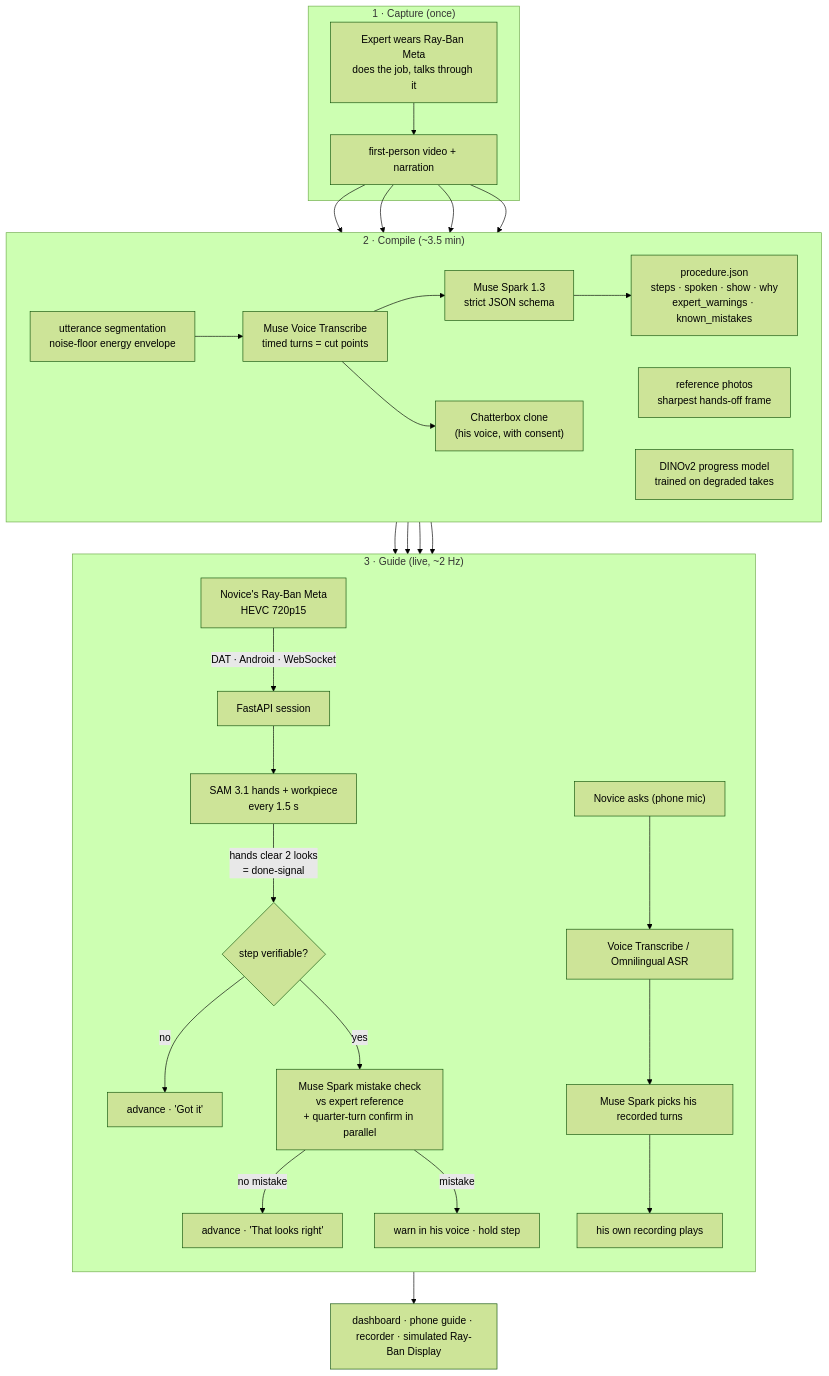
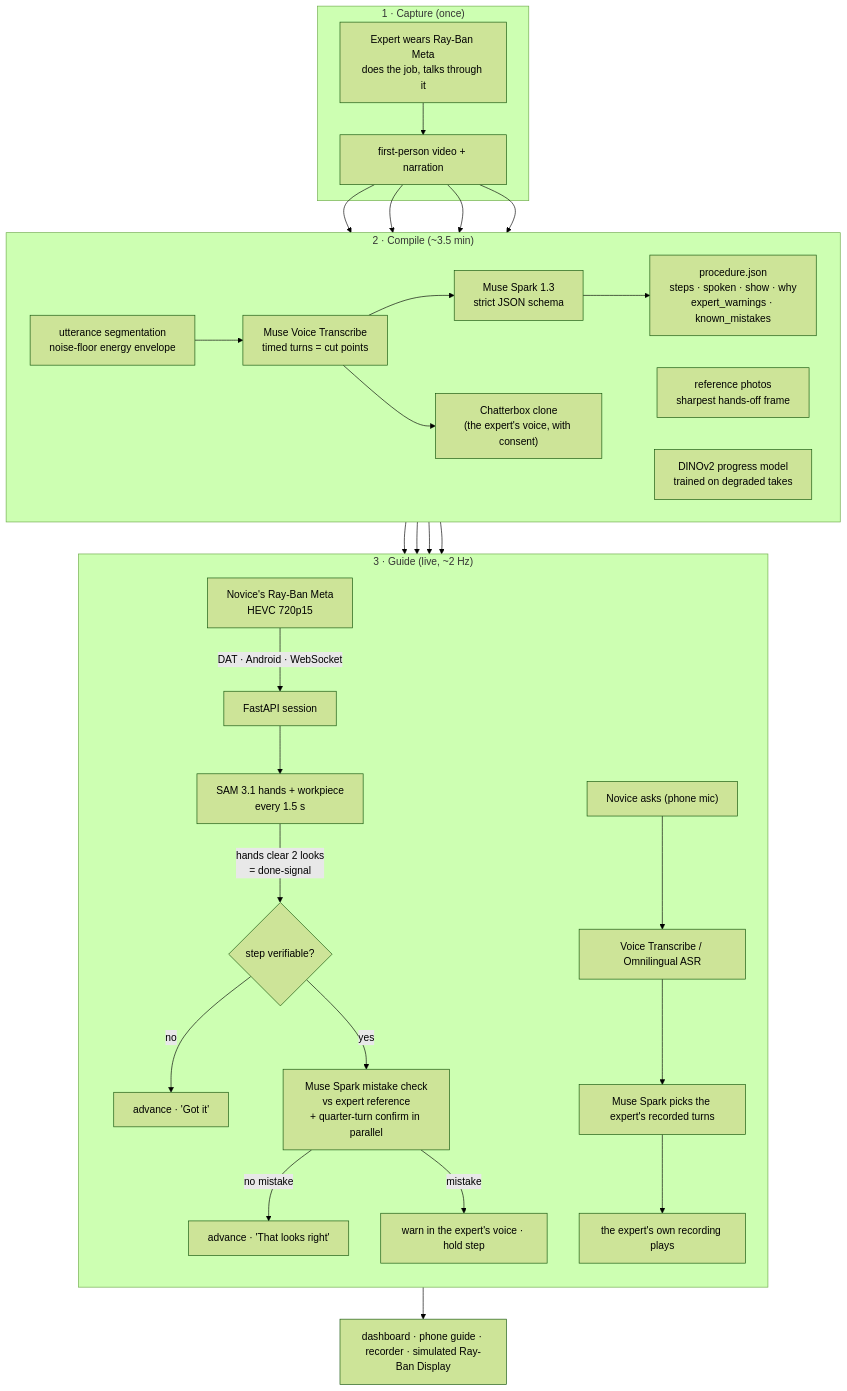
One commit to ApprenticeAIMeta/Hack changed the diagram in README.md. Above: the diagram before and after it, drawn with Mermaid (forest theme). The commit also changed other lines of this file, not shown here.

Commit message:
docs(readme): describe roles as expert and novice, not named people

````diff
--- a/README.md
+++ b/README.md
@@ -44,33 +44,33 @@
 ```mermaid
 flowchart TB
     subgraph CAPTURE["1 · Capture (once)"]
         E["Expert wears Ray-Ban Meta<br/>does the job, talks through it"] --> V["first-person video + narration"]
     end
     subgraph COMPILE["2 · Compile (~3.5 min)"]
         direction LR
         V --> U["utterance segmentation<br/>noise-floor energy envelope"]
         U --> T["Muse Voice Transcribe<br/>timed turns = cut points"]
         V --> SP["Muse Spark 1.3<br/>strict JSON schema"]
         T --> SP
         SP --> PR["procedure.json<br/>steps · spoken · show · why<br/>expert_warnings · known_mistakes"]
         V --> REF["reference photos<br/>sharpest hands-off frame"]
-        T --> CL["Chatterbox clone<br/>(his voice, with consent)"]
+        T --> CL["Chatterbox clone<br/>(the expert's voice, with consent)"]
         V --> DV["DINOv2 progress model<br/>trained on degraded takes"]
     end
     subgraph GUIDE["3 · Guide (live, ~2 Hz)"]
         direction TB
         G["Novice's Ray-Ban Meta<br/>HEVC 720p15"] -->|DAT · Android · WebSocket| S["FastAPI session"]
         S --> H["SAM 3.1 hands + workpiece<br/>every 1.5 s"]
         H -->|"hands clear 2 looks<br/>= done-signal"| D{"step verifiable?"}
         D -->|no| ACK["advance · 'Got it'"]
         D -->|yes| MC["Muse Spark mistake check<br/>vs expert reference<br/>+ quarter-turn confirm in parallel"]
         MC -->|no mistake| OK["advance · 'That looks right'"]
-        MC -->|mistake| W["warn in his voice · hold step"]
-        Q["Novice asks (phone mic)"] --> ASR["Voice Transcribe / Omnilingual ASR"] --> PICK["Muse Spark picks his recorded turns"] --> CLIP["his own recording plays"]
+        MC -->|mistake| W["warn in the expert's voice · hold step"]
+        Q["Novice asks (phone mic)"] --> ASR["Voice Transcribe / Omnilingual ASR"] --> PICK["Muse Spark picks the expert's recorded turns"] --> CLIP["the expert's own recording plays"]
     end
     PR --> S
     REF --> MC
     CL --> ACK
     CL --> OK
     S --> UI["dashboard · phone guide · recorder · simulated Ray-Ban Display"]
 ```
````
